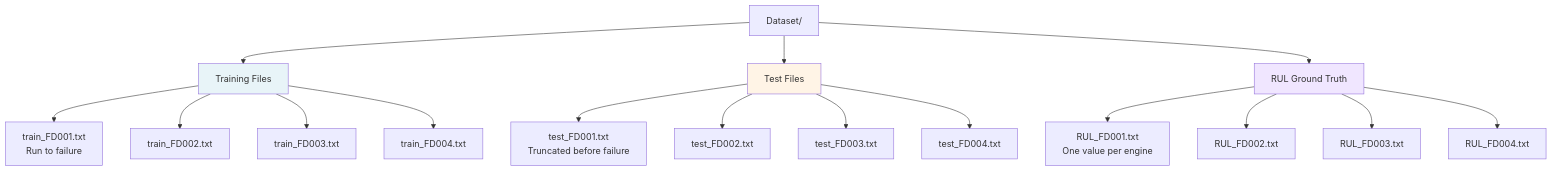
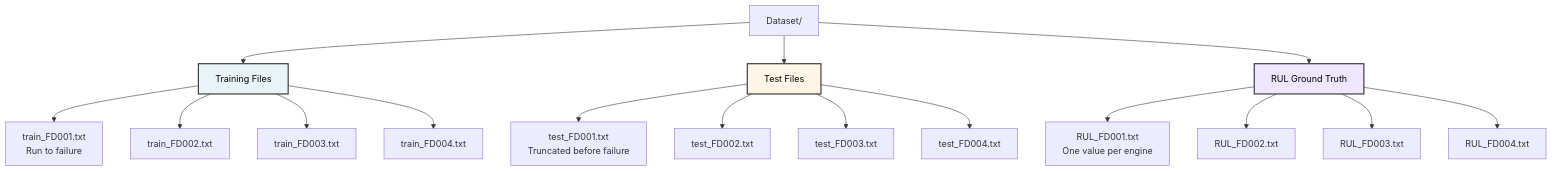
The second of 3 diagrams in docs/01_dataset.md (nasim-raj-laskar/Real-Time-Aircraft-Engine-Predictive-Maintenance-System), drawn with Mermaid before and after one commit. The commit also changed other lines of this file and 8 other files, not shown here.

````diff
--- a/docs/01_dataset.md
+++ b/docs/01_dataset.md
@@ -56,25 +56,25 @@
 ```mermaid
 graph TD
     A[Dataset/] --> B[Training Files]
     A --> C[Test Files]
     A --> D[RUL Ground Truth]
     
     B --> B1[train_FD001.txt<br/>Run to failure]
     B --> B2[train_FD002.txt]
     B --> B3[train_FD003.txt]
     B --> B4[train_FD004.txt]
     
     C --> C1[test_FD001.txt<br/>Truncated before failure]
     C --> C2[test_FD002.txt]
     C --> C3[test_FD003.txt]
     C --> C4[test_FD004.txt]
     
     D --> D1[RUL_FD001.txt<br/>One value per engine]
     D --> D2[RUL_FD002.txt]
     D --> D3[RUL_FD003.txt]
     D --> D4[RUL_FD004.txt]
     
-    style B fill:#E8F4F8
-    style C fill:#FFF4E6
-    style D fill:#F0E6FF
+    style B fill:#E8F4F8,stroke:#333,stroke-width:2px,color:#000
+    style C fill:#FFF4E6,stroke:#333,stroke-width:2px,color:#000
+    style D fill:#F0E6FF,stroke:#333,stroke-width:2px,color:#000
 ```
````
